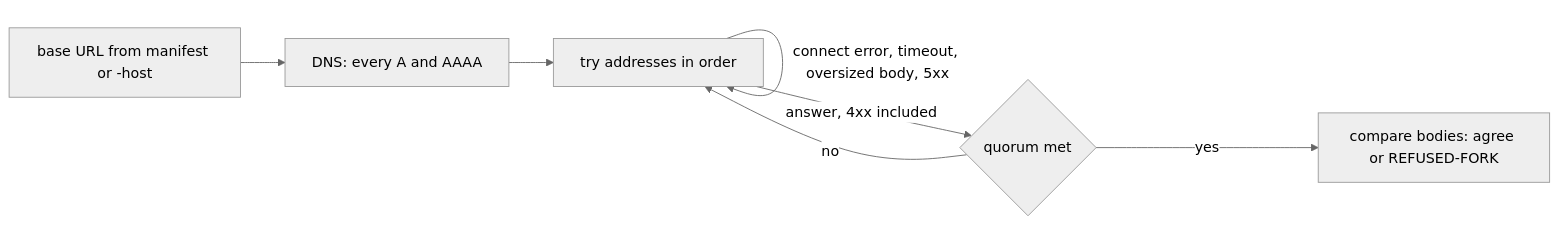
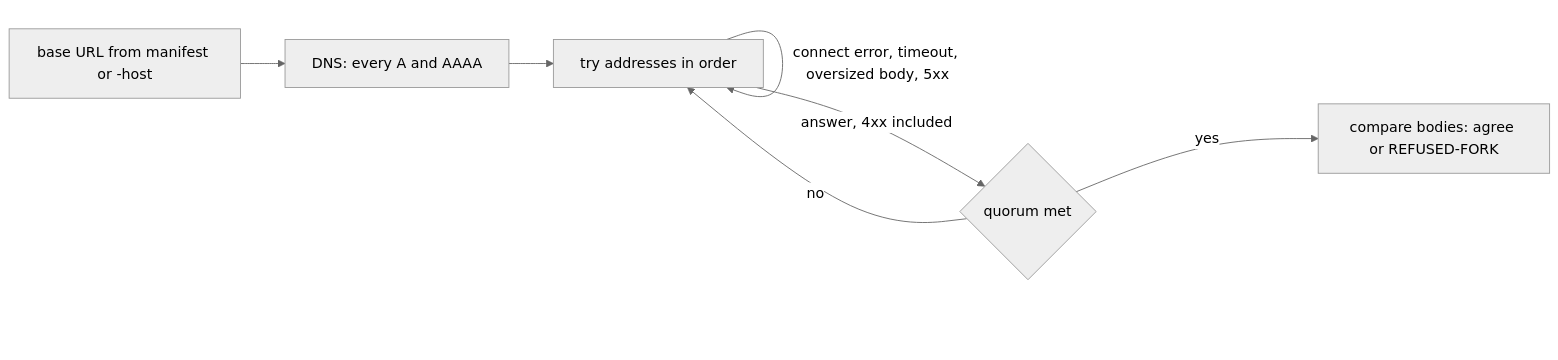
Before and after one commit to lightwebinc/bfinger: the diagram in docs/host-selection.md, drawn with Mermaid (neutral theme). The commit also changed 9 other files, not shown here.

First line of the commit message:
[Fix] diagrams: a spacer where the viewer's controls land

````diff
--- a/docs/host-selection.md
+++ b/docs/host-selection.md
@@ -40,9 +40,14 @@
 ```mermaid
 flowchart LR
   B[base URL from manifest or -host] --> D[DNS: every A and AAAA]
   D --> P[try addresses in order]
   P -->|"connect error, timeout, oversized body, 5xx"| P
   P -->|"answer, 4xx included"| Q{quorum met}
   Q -->|no| P
   Q -->|yes| C[compare bodies: agree or REFUSED-FORK]
+  %% The last node is an invisible spacer in the rightmost rank: the rendered
+  %% viewer places its zoom and pan controls over the bottom-right corner.
+  Q ~~~ pad
+  pad["&nbsp;<br/>&nbsp;<br/>&nbsp;<br/>&nbsp;<br/>&nbsp;"]:::pad
+  classDef pad fill:none,stroke:none,color:transparent
 ```
````
